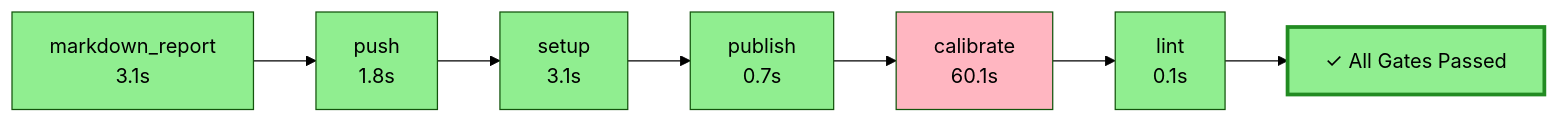
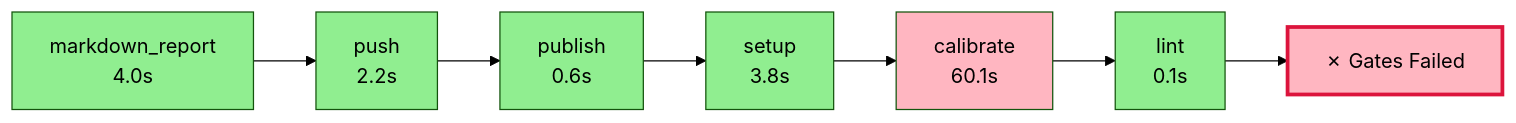
Before and after one commit to wronai/fixos: the diagram in .pyqual/report.md, drawn with Mermaid (forest theme). The commit also changed other lines of this file and 2 other files, not shown here.

````diff
--- a/.pyqual/report.md
+++ b/.pyqual/report.md
@@ -10,23 +10,23 @@
 ```mermaid
 flowchart LR
-    S0["markdown_report<br/>3.1s"]
+    S0["markdown_report<br/>4.0s"]
     style S0 fill:#90EE90
-    S1["push<br/>1.8s"]
+    S1["push<br/>2.2s"]
     style S1 fill:#90EE90
     S0 --> S1
-    S2["setup<br/>3.1s"]
+    S2["publish<br/>0.6s"]
     style S2 fill:#90EE90
     S1 --> S2
-    S3["publish<br/>0.7s"]
+    S3["setup<br/>3.8s"]
     style S3 fill:#90EE90
     S2 --> S3
     S4["calibrate<br/>60.1s"]
     style S4 fill:#FFB6C1
     S3 --> S4
     S5["lint<br/>0.1s"]
     style S5 fill:#90EE90
     S4 --> S5
-    G["✓ All Gates Passed"]
-    style G fill:#90EE90,stroke:#228B22,stroke-width:3px
+    G["✗ Gates Failed"]
+    style G fill:#FFB6C1,stroke:#DC143C,stroke-width:3px
     S5 --> G
 ```
````
